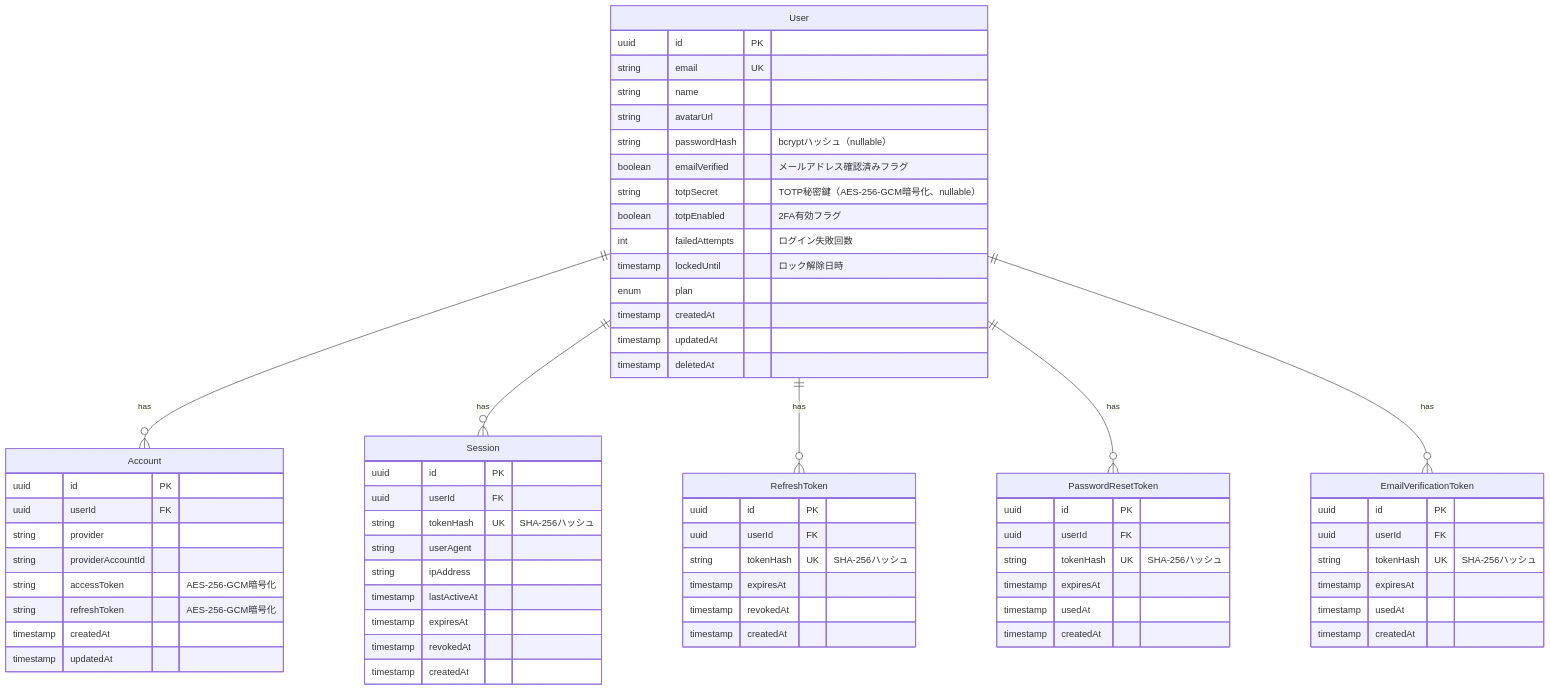
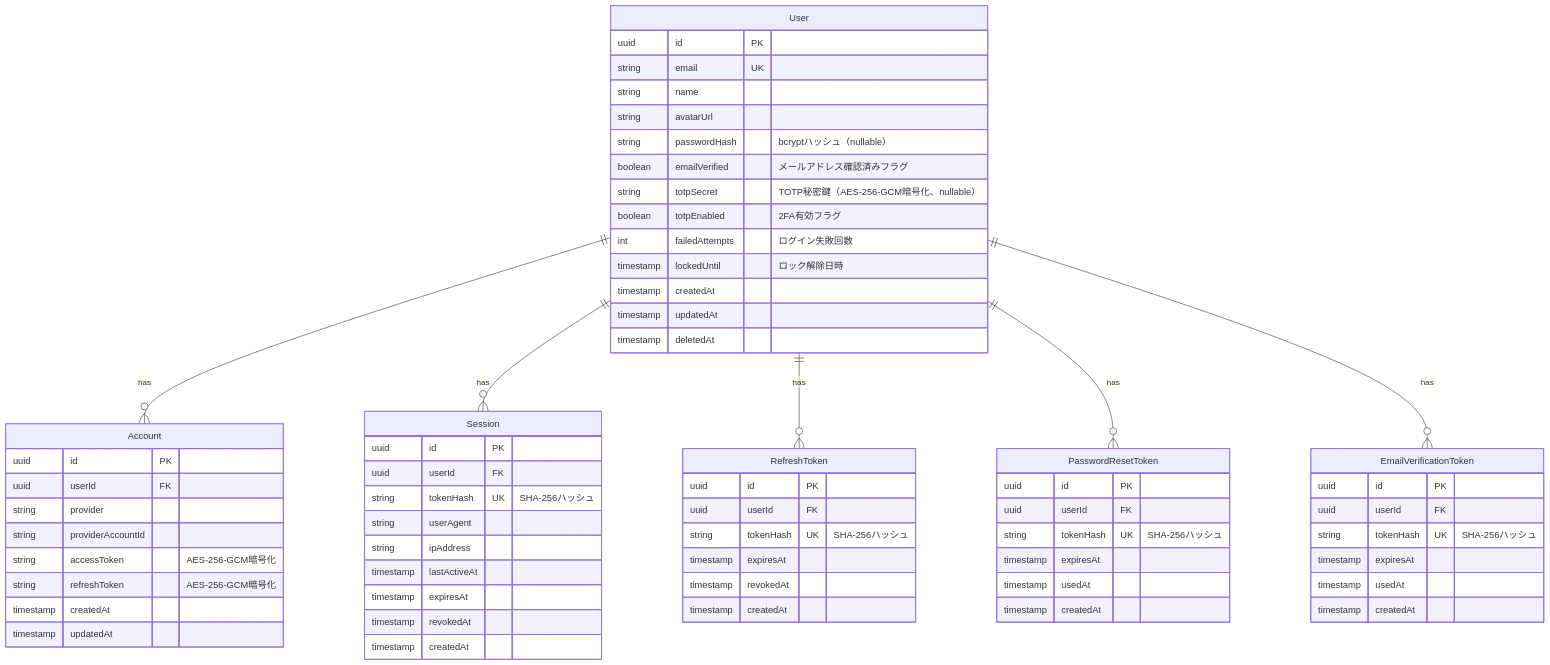
The seventh of 13 diagrams in docs/architecture/features/authentication.md (tsutsumi389/agentest), drawn with Mermaid before and after one commit. The commit also changed other lines of this file and 43 other files, not shown here.

````diff
--- a/docs/architecture/features/authentication.md
+++ b/docs/architecture/features/authentication.md
@@ -410,75 +409,74 @@
 ```mermaid
 erDiagram
     User ||--o{ Account : "has"
     User ||--o{ Session : "has"
     User ||--o{ RefreshToken : "has"
     User ||--o{ PasswordResetToken : "has"
     User ||--o{ EmailVerificationToken : "has"
 
     User {
         uuid id PK
         string email UK
         string name
         string avatarUrl
         string passwordHash "bcryptハッシュ（nullable）"
         boolean emailVerified "メールアドレス確認済みフラグ"
         string totpSecret "TOTP秘密鍵（AES-256-GCM暗号化、nullable）"
         boolean totpEnabled "2FA有効フラグ"
         int failedAttempts "ログイン失敗回数"
         timestamp lockedUntil "ロック解除日時"
-        enum plan
         timestamp createdAt
         timestamp updatedAt
         timestamp deletedAt
     }
 
     Account {
         uuid id PK
         uuid userId FK
         string provider
         string providerAccountId
         string accessToken "AES-256-GCM暗号化"
         string refreshToken "AES-256-GCM暗号化"
         timestamp createdAt
         timestamp updatedAt
     }
 
     Session {
         uuid id PK
         uuid userId FK
         string tokenHash UK "SHA-256ハッシュ"
         string userAgent
         string ipAddress
         timestamp lastActiveAt
         timestamp expiresAt
         timestamp revokedAt
         timestamp createdAt
     }
 
     RefreshToken {
         uuid id PK
         uuid userId FK
         string tokenHash UK "SHA-256ハッシュ"
         timestamp expiresAt
         timestamp revokedAt
         timestamp createdAt
     }
 
     PasswordResetToken {
         uuid id PK
         uuid userId FK
         string tokenHash UK "SHA-256ハッシュ"
         timestamp expiresAt
         timestamp usedAt
         timestamp createdAt
     }
 
     EmailVerificationToken {
         uuid id PK
         uuid userId FK
         string tokenHash UK "SHA-256ハッシュ"
         timestamp expiresAt
         timestamp usedAt
         timestamp createdAt
     }
 ```
````
